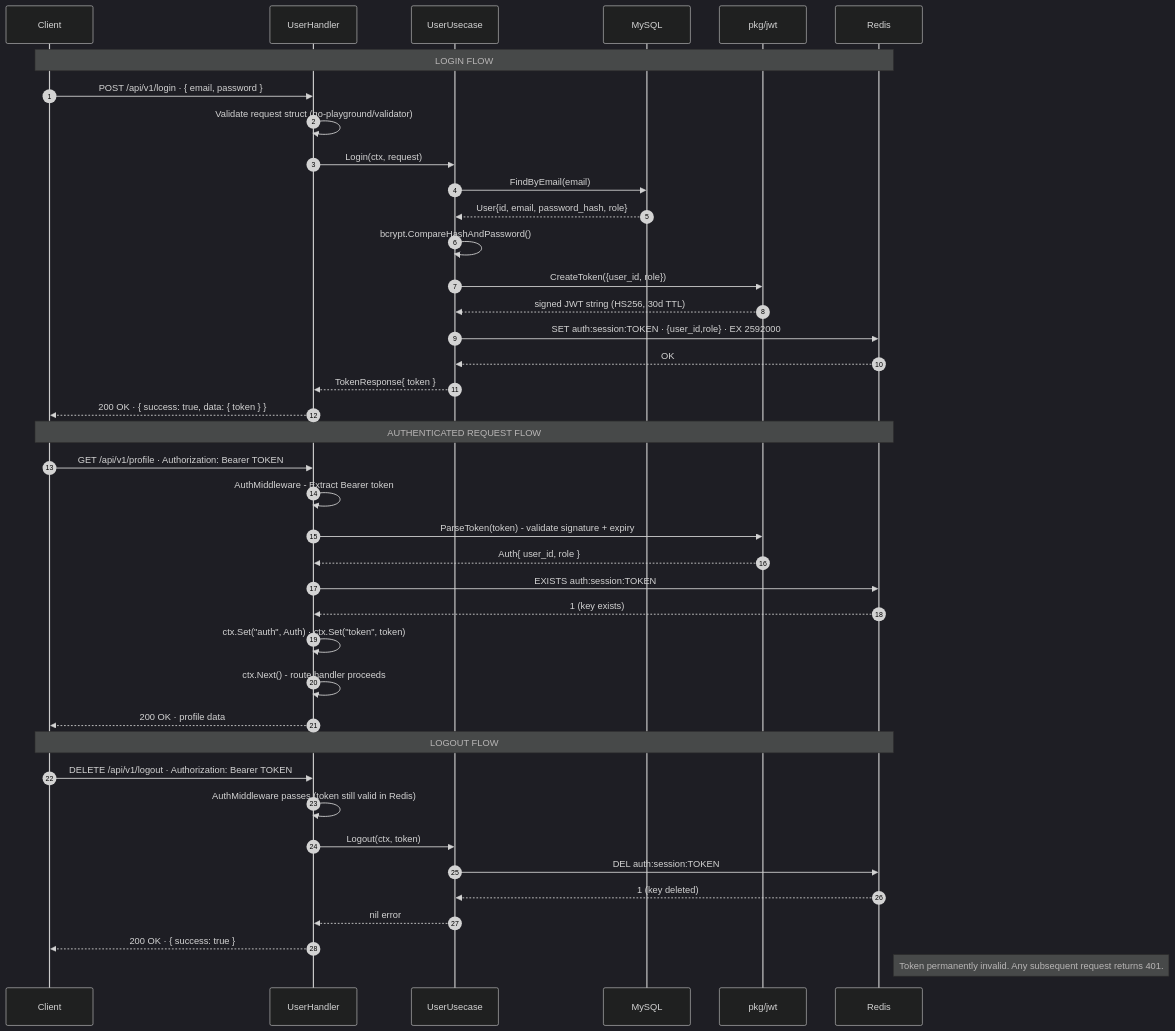
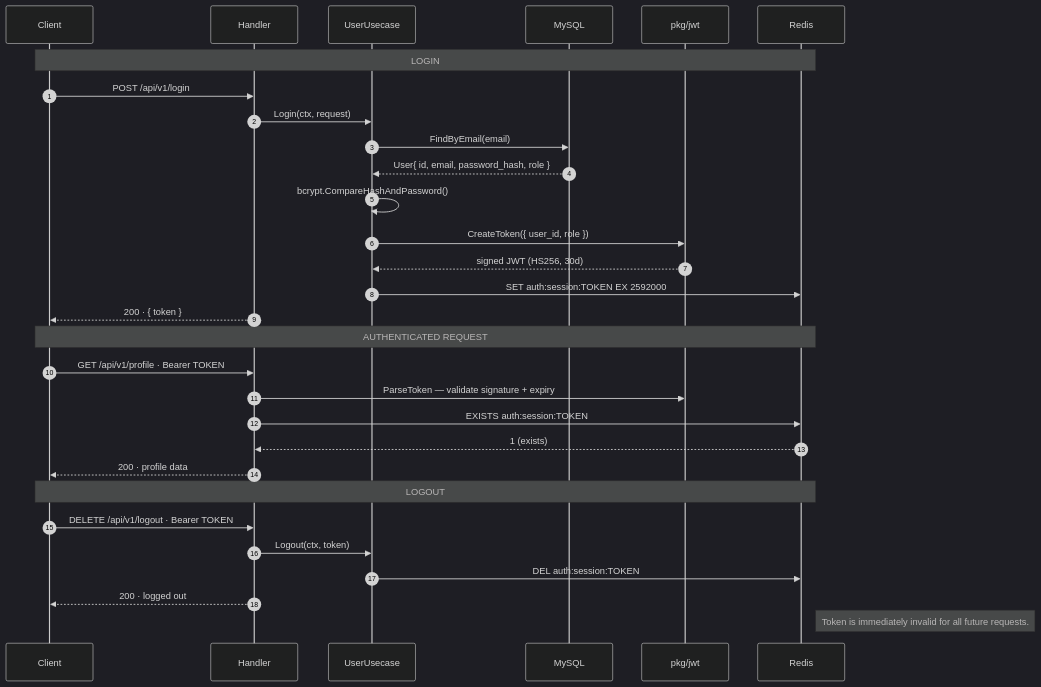
The first of 2 diagrams in README.md (Mpayy/e-commerce), drawn with Mermaid (dark theme) before and after one commit. The commit also changed other lines of this file, not shown here.

````diff
--- a/README.md
+++ b/README.md
@@ -120,45 +128,35 @@
 ```mermaid
 sequenceDiagram
     autonumber
     participant C as Client
-    participant H as UserHandler
+    participant H as Handler
     participant U as UserUsecase
     participant DB as MySQL
     participant J as pkg/jwt
     participant R as Redis
 
-    Note over C,R: LOGIN FLOW
-    C->>H: POST /api/v1/login · { email, password }
-    H->>H: Validate request struct (go-playground/validator)
+    Note over C,R: LOGIN
+    C->>H: POST /api/v1/login
     H->>U: Login(ctx, request)
     U->>DB: FindByEmail(email)
-    DB-->>U: User{id, email, password_hash, role}
+    DB-->>U: User{ id, email, password_hash, role }
     U->>U: bcrypt.CompareHashAndPassword()
-    U->>J: CreateToken({user_id, role})
-    J-->>U: signed JWT string (HS256, 30d TTL)
-    U->>R: SET auth:session:TOKEN · {user_id,role} · EX 2592000
-    R-->>U: OK
-    U-->>H: TokenResponse{ token }
-    H-->>C: 200 OK · { success: true, data: { token } }
+    U->>J: CreateToken({ user_id, role })
+    J-->>U: signed JWT (HS256, 30d)
+    U->>R: SET auth:session:TOKEN EX 2592000
+    H-->>C: 200 · { token }
 
-    Note over C,R: AUTHENTICATED REQUEST FLOW
-    C->>H: GET /api/v1/profile · Authorization: Bearer TOKEN
-    H->>H: AuthMiddleware - Extract Bearer token
-    H->>J: ParseToken(token) - validate signature + expiry
-    J-->>H: Auth{ user_id, role }
+    Note over C,R: AUTHENTICATED REQUEST
+    C->>H: GET /api/v1/profile · Bearer TOKEN
+    H->>J: ParseToken — validate signature + expiry
     H->>R: EXISTS auth:session:TOKEN
-    R-->>H: 1 (key exists)
-    H->>H: ctx.Set("auth", Auth) · ctx.Set("token", token)
-    H->>H: ctx.Next() - route handler proceeds
-    H-->>C: 200 OK · profile data
+    R-->>H: 1 (exists)
+    H-->>C: 200 · profile data
 
-    Note over C,R: LOGOUT FLOW
-    C->>H: DELETE /api/v1/logout · Authorization: Bearer TOKEN
-    H->>H: AuthMiddleware passes (token still valid in Redis)
+    Note over C,R: LOGOUT
+    C->>H: DELETE /api/v1/logout · Bearer TOKEN
     H->>U: Logout(ctx, token)
     U->>R: DEL auth:session:TOKEN
-    R-->>U: 1 (key deleted)
-    U-->>H: nil error
-    H-->>C: 200 OK · { success: true }
-    Note right of R: Token permanently invalid. Any subsequent request returns 401.
+    H-->>C: 200 · logged out
+    Note right of R: Token is immediately invalid for all future requests.
 ```
````
